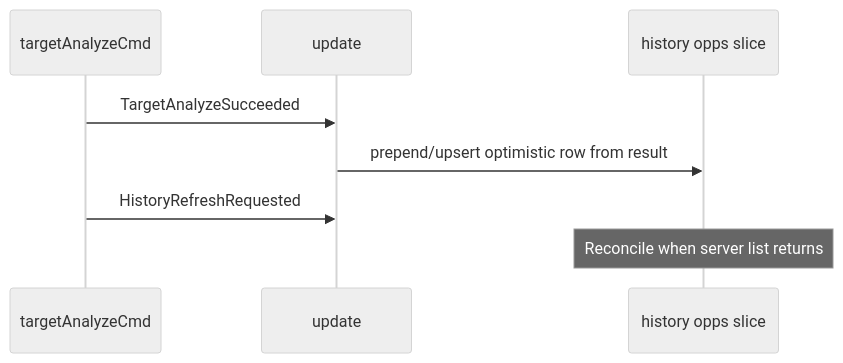
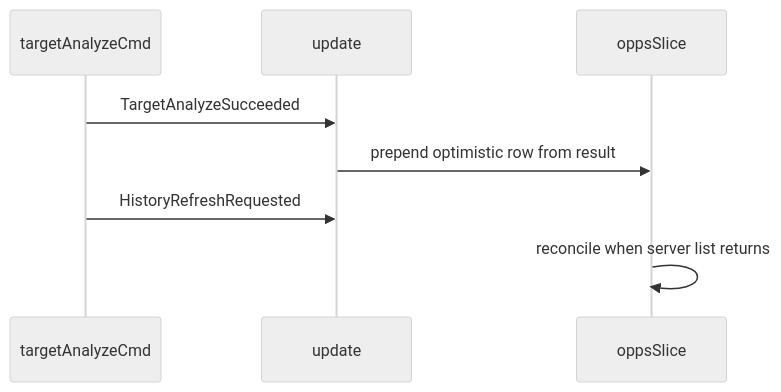
The eighth of 16 diagrams in reports/batch-2-engineering-blueprints.md (p10ns11y/collab-finder), drawn with Mermaid (neutral theme) before and after one commit. The commit also changed other lines of this file and 1 other file, not shown here.

First line of the commit message:
docs: fix GitHub Mermaid parse errors in planning reports

````diff
--- a/reports/batch-2-engineering-blueprints.md
+++ b/reports/batch-2-engineering-blueprints.md
@@ -227,11 +212,11 @@
 ```mermaid
 sequenceDiagram
   participant E as targetAnalyzeCmd
   participant U as update
-  participant H as history opps slice
+  participant H as oppsSlice
 
   E->>U: TargetAnalyzeSucceeded
-  U->>H: prepend/upsert optimistic row from result
+  U->>H: prepend optimistic row from result
   E->>U: HistoryRefreshRequested
-  Note over H: Reconcile when server list returns
+  H->>H: reconcile when server list returns
 ```
````
